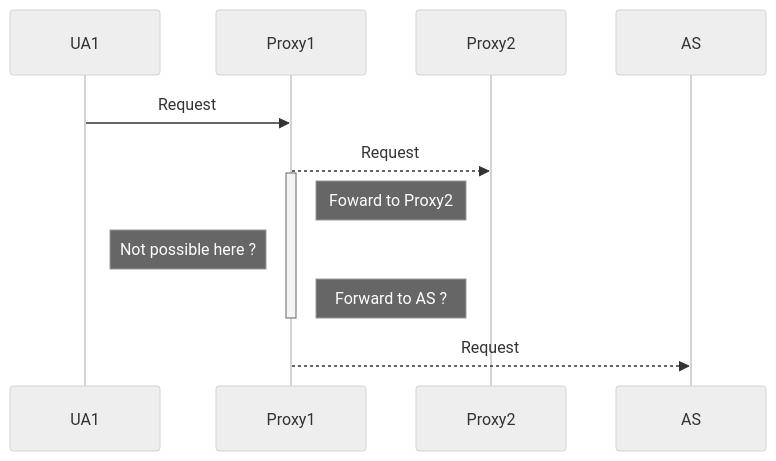
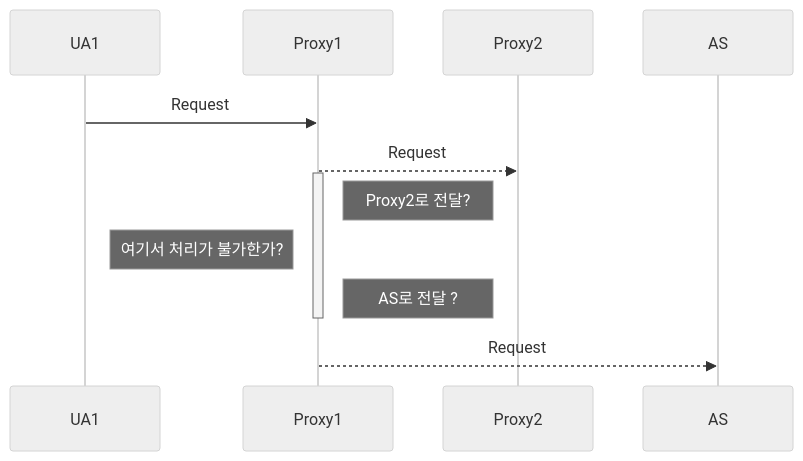
The diagram in proxy_target_decide.mmd (byung-u/TeleCommunicationDocs), drawn with Mermaid (neutral theme) before and after one commit. The commit also changed 7 other files, not shown here.

```diff
--- a/proxy_target_decide.mmd
+++ b/proxy_target_decide.mmd
@@ -1,10 +1,10 @@
 %% Sequence diagram code
 sequenceDiagram
     UA1 ->> Proxy1: Request
     Proxy1 -->> Proxy2: Request
     activate Proxy1
-    Note right of Proxy1: Foward to Proxy2
-    Note left of Proxy1: Not possible here ?
-    Note right of Proxy1: Forward to AS ?
+    Note right of Proxy1: Proxy2로 전달?
+    Note left of Proxy1: 여기서 처리가 불가한가?
+    Note right of Proxy1: AS로 전달 ?
     deactivate Proxy1
     Proxy1 -->> AS: Request
```
